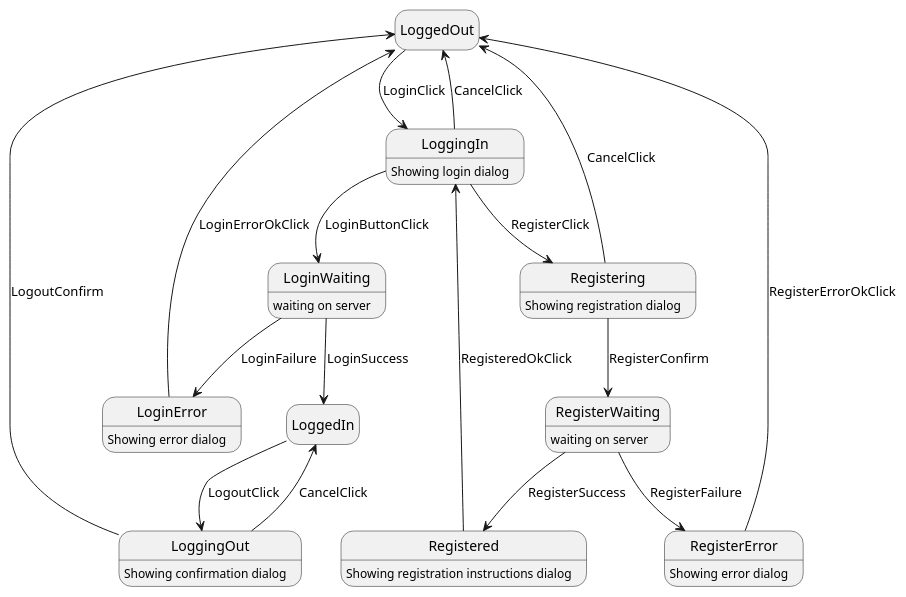
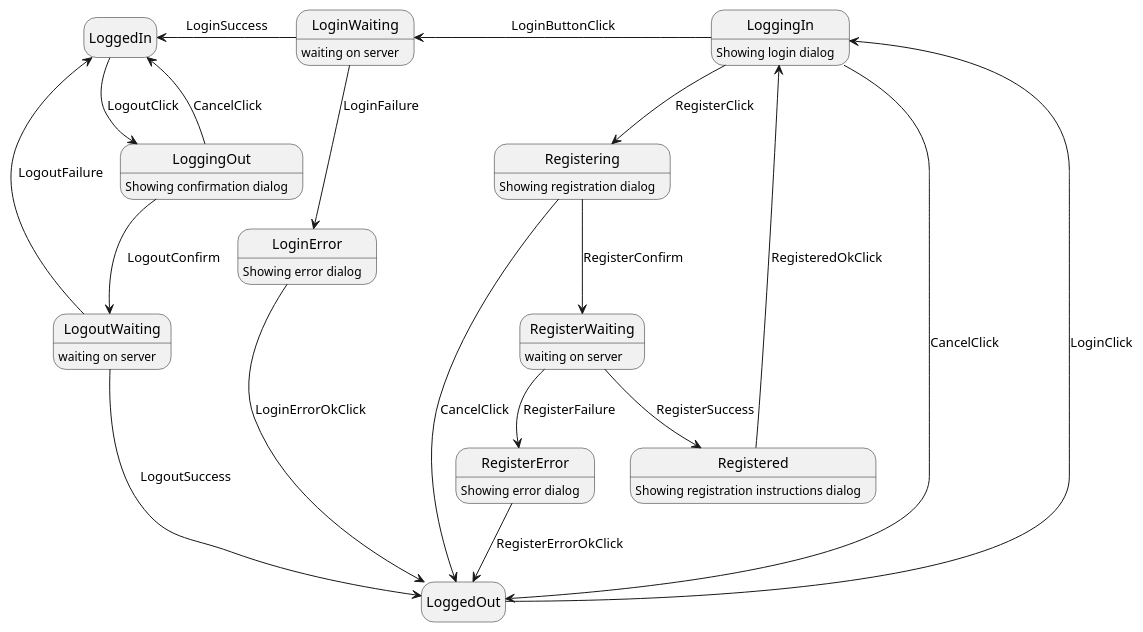
Before and after one commit to Zer0-Vector/swn-faction-tracker: the diagram in design/user management/Login Logout.plantuml, drawn with PlantUML.

Commit message:
update logout state design

```diff
--- a/design/user management/Login Logout.plantuml
+++ b/design/user management/Login Logout.plantuml
@@ -1,32 +1,36 @@
 @startuml Login Logout States
 hide empty description
 
-state LoggedOut
 state LoggingIn : Showing login dialog
 state LoginWaiting : waiting on server
 state LoginError : Showing error dialog
 state LoggingOut : Showing confirmation dialog
 state Registering : Showing registration dialog
 state Registered : Showing registration instructions dialog
 state RegisterError : Showing error dialog
 state RegisterWaiting : waiting on server
+state LogoutWaiting : waiting on server
+state LoggedOut
+
 
 LoggedOut --> LoggingIn : LoginClick
-LoggingIn --> LoginWaiting : LoginButtonClick
-LoginWaiting --> LoggedIn : LoginSuccess
+LoggingIn -left-> LoginWaiting : LoginButtonClick
+LoginWaiting -left-> LoggedIn : LoginSuccess
 LoggingIn --> LoggedOut : CancelClick
 LoggedIn --> LoggingOut : LogoutClick
 LoggingOut --> LoggedIn : CancelClick
-LoggingOut --> LoggedOut : LogoutConfirm
+LoggingOut --> LogoutWaiting : LogoutConfirm
+LogoutWaiting --> LoggedOut : LogoutSuccess
+LogoutWaiting --> LoggedIn : LogoutFailure
 LoginWaiting --> LoginError : LoginFailure
 LoginError --> LoggedOut : LoginErrorOkClick
 LoggingIn --> Registering : RegisterClick
 Registering --> RegisterWaiting : RegisterConfirm
 RegisterWaiting --> Registered : RegisterSuccess
 RegisterWaiting --> RegisterError : RegisterFailure
 RegisterError --> LoggedOut : RegisterErrorOkClick
 Registered --> LoggingIn : RegisteredOkClick
 Registering --> LoggedOut : CancelClick
 
 
 @enduml
```
